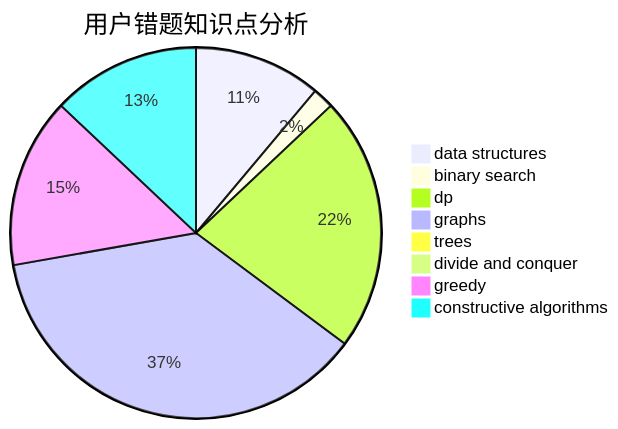
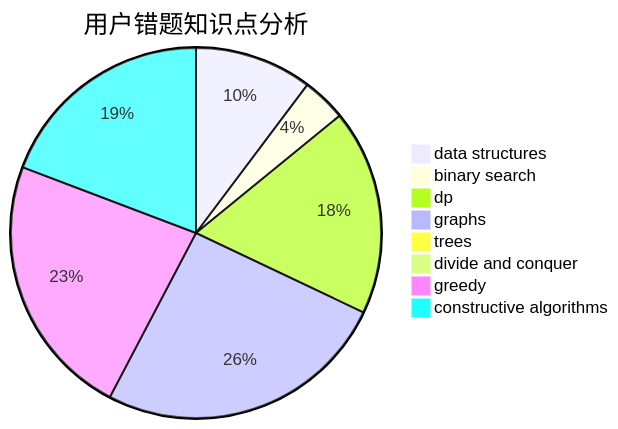
Before and after one commit to sherpahu/cfrs.github.io: the third of 3 diagrams in docs/user/u1938.md, drawn with Mermaid. The commit also changed other lines of this file and 2770 other files, not shown here.

````diff
--- a/docs/user/u1938.md
+++ b/docs/user/u1938.md
@@ -36,11 +36,11 @@
 ```mermaid
 pie title 用户错题知识点分析
-    "data structures" :  6
-    "binary search" :  1
-    "dp" :  12
+    "data structures" :  8
+    "binary search" :  3
+    "dp" :  14
     "graphs" :  20
     "trees" :  0
     "divide and conquer" :  0
-    "greedy" :  8
-    "constructive algorithms" :  7
+    "greedy" :  18
+    "constructive algorithms" :  15
 ```
````
